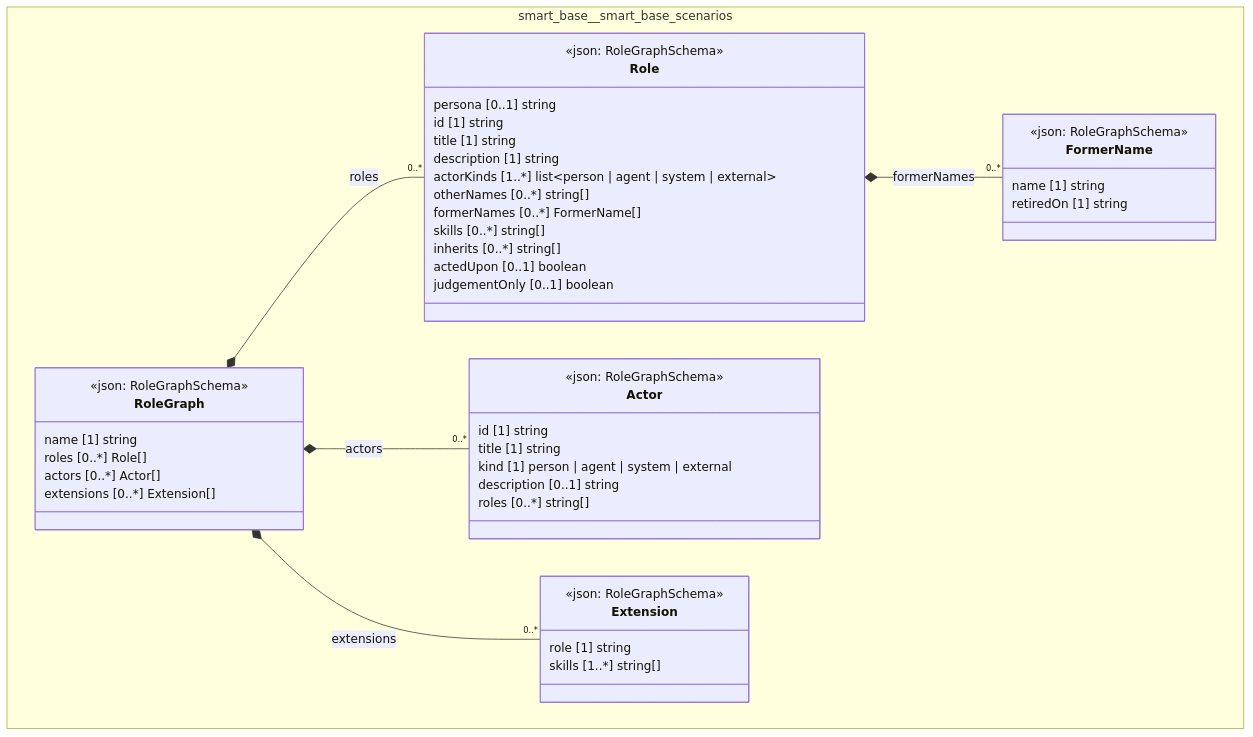
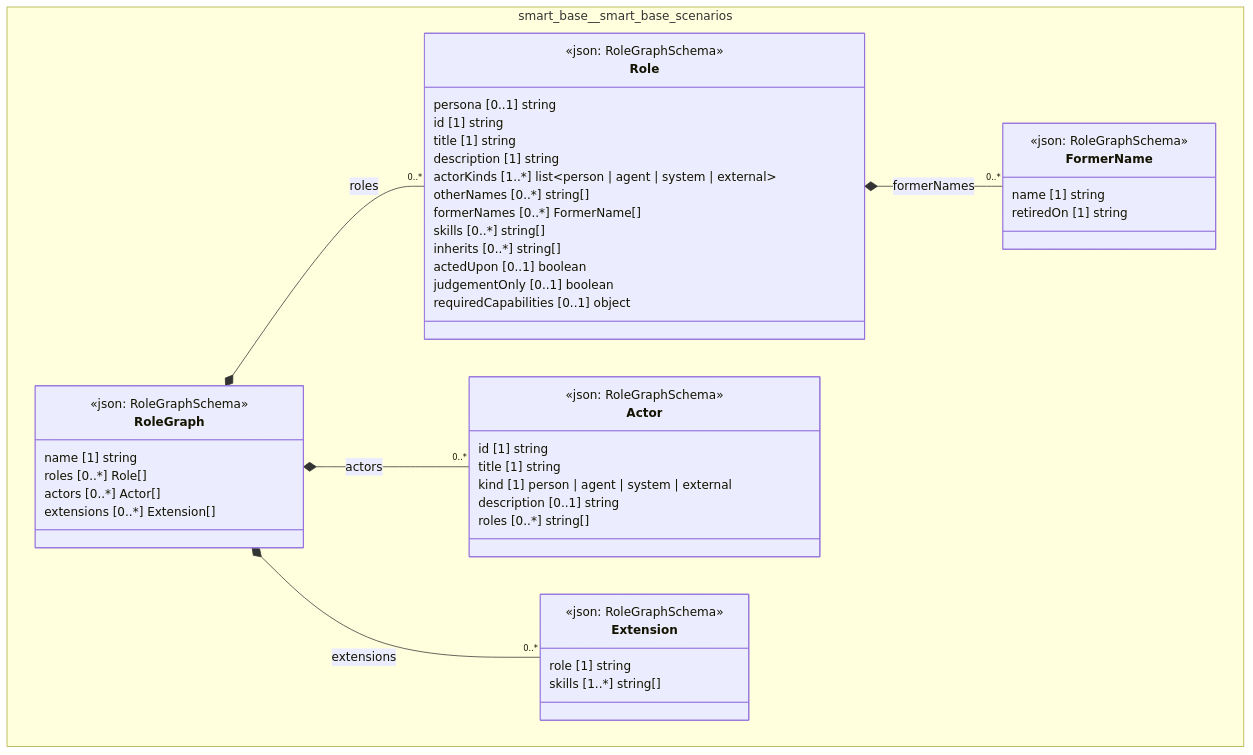
The diagram in docs/uml/overview/smart-base/smart-base-scenarios.md (litlfred/cat-harness), drawn with Mermaid before and after one commit. The commit also changed other lines of this file and 2545 other files, not shown here.

````diff
--- a/docs/uml/overview/smart-base/smart-base-scenarios.md
+++ b/docs/uml/overview/smart-base/smart-base-scenarios.md
@@ -47,54 +47,55 @@
 ```mermaid
 classDiagram
   direction TB
   namespace smart_base__smart_base_scenarios {
     class smart_base_smart_base_scenarios_FormerName["FormerName"] {
       <<json: RoleGraphSchema>>
       name [1] string
       retiredOn [1] string
     }
     class smart_base_smart_base_scenarios_Role["Role"] {
       <<json: RoleGraphSchema>>
       persona [0..1] string
       id [1] string
       title [1] string
       description [1] string
       actorKinds [1..*] list~person | agent | system | external~
       otherNames [0..*] string[]
       formerNames [0..*] FormerName[]
       skills [0..*] string[]
       inherits [0..*] string[]
       actedUpon [0..1] boolean
       judgementOnly [0..1] boolean
+      requiredCapabilities [0..1] object
     }
     class smart_base_smart_base_scenarios_Actor["Actor"] {
       <<json: RoleGraphSchema>>
       id [1] string
       title [1] string
       kind [1] person | agent | system | external
       description [0..1] string
       roles [0..*] string[]
     }
     class smart_base_smart_base_scenarios_Extension["Extension"] {
       <<json: RoleGraphSchema>>
       role [1] string
       skills [1..*] string[]
     }
     class smart_base_smart_base_scenarios_RoleGraph["RoleGraph"] {
       <<json: RoleGraphSchema>>
       name [1] string
       roles [0..*] Role[]
       actors [0..*] Actor[]
       extensions [0..*] Extension[]
     }
   }
   smart_base_smart_base_scenarios_Role *-- "0..*" smart_base_smart_base_scenarios_FormerName : formerNames
   smart_base_smart_base_scenarios_RoleGraph *-- "0..*" smart_base_smart_base_scenarios_Role : roles
   smart_base_smart_base_scenarios_RoleGraph *-- "0..*" smart_base_smart_base_scenarios_Actor : actors
   smart_base_smart_base_scenarios_RoleGraph *-- "0..*" smart_base_smart_base_scenarios_Extension : extensions
   cssClass "smart_base_smart_base_scenarios_FormerName" fa_uml_kind_scenarios
   cssClass "smart_base_smart_base_scenarios_Role" fa_uml_kind_scenarios
   cssClass "smart_base_smart_base_scenarios_Actor" fa_uml_kind_scenarios
   cssClass "smart_base_smart_base_scenarios_Extension" fa_uml_kind_scenarios
   cssClass "smart_base_smart_base_scenarios_RoleGraph" fa_uml_kind_scenarios
 ```
````
